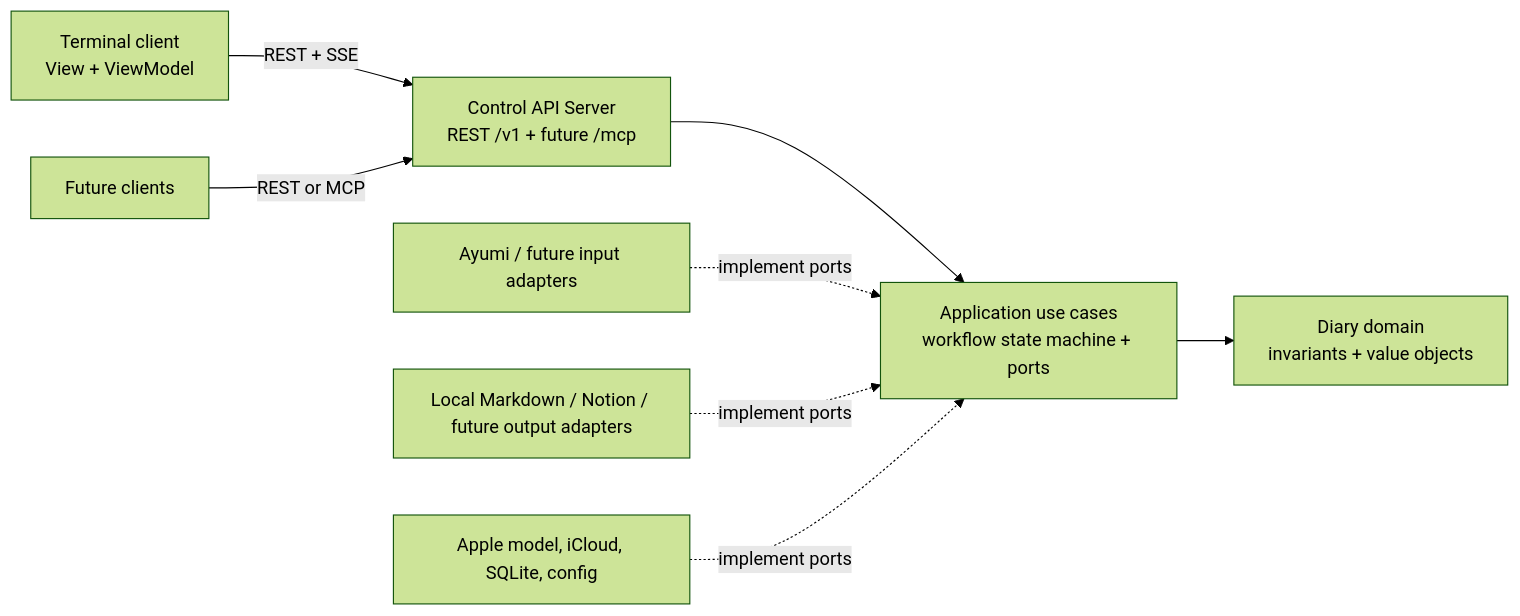
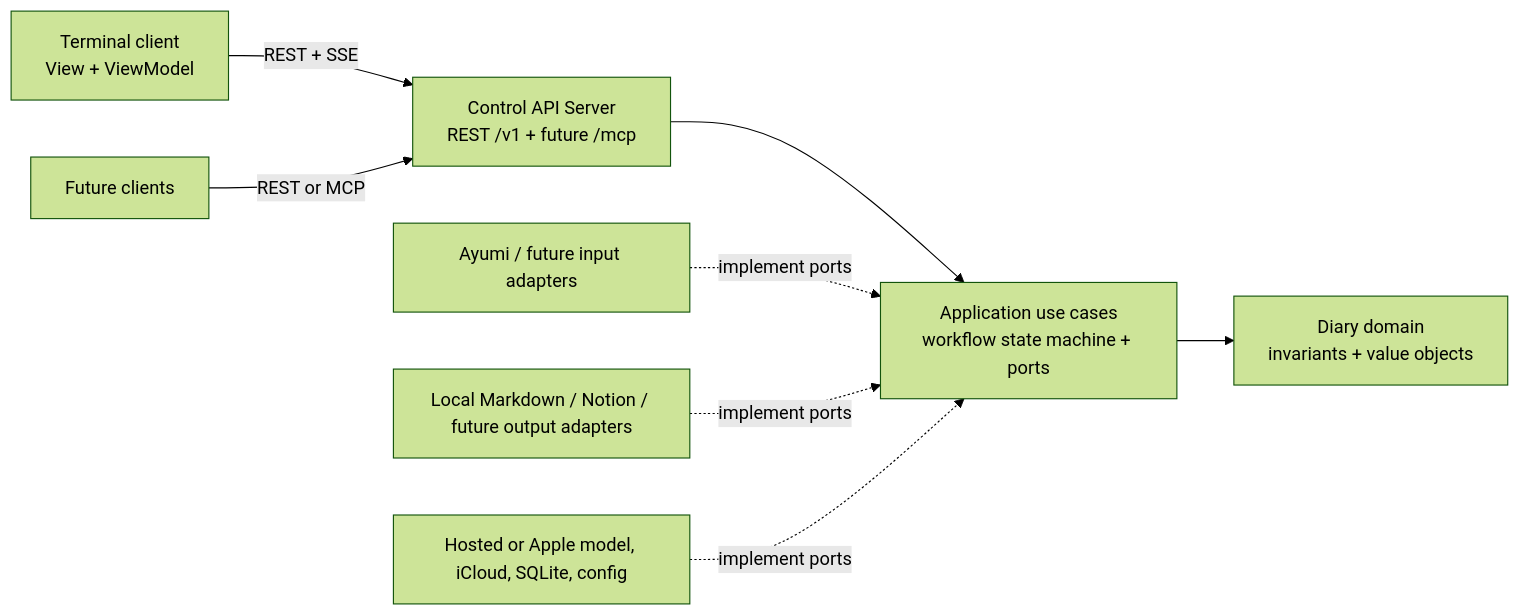
One commit to pastry-personal5/narihitos-diary changed the diagram in docs/planned-mvp-architecture.md. Above: the diagram before and after it, drawn with Mermaid (forest theme). The commit also changed other lines of this file and 24 other files, not shown here.

First line of the commit message:
docs: record owner-interview decisions and revise architecture and UX

````diff
--- a/docs/planned-mvp-architecture.md
+++ b/docs/planned-mvp-architecture.md
@@ -29,10 +32,10 @@
 ```mermaid
 flowchart LR
     TUI[Terminal client\nView + ViewModel] -->|REST + SSE| API[Control API Server\nREST /v1 + future /mcp]
     Other[Future clients] -->|REST or MCP| API
     API --> UC[Application use cases\nworkflow state machine + ports]
     UC --> D[Diary domain\ninvariants + value objects]
     Inputs[Ayumi / future input adapters] -. implement ports .-> UC
     Outputs[Local Markdown / Notion / future output adapters] -. implement ports .-> UC
-    Platform[Apple model, iCloud, SQLite, config] -. implement ports .-> UC
+    Platform[Hosted or Apple model, iCloud, SQLite, config] -. implement ports .-> UC
 ```
````
